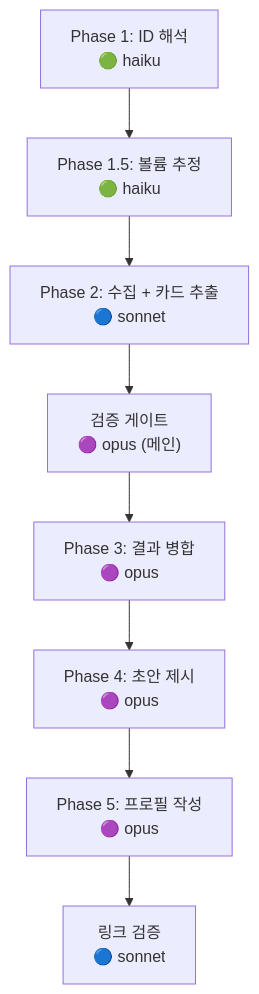
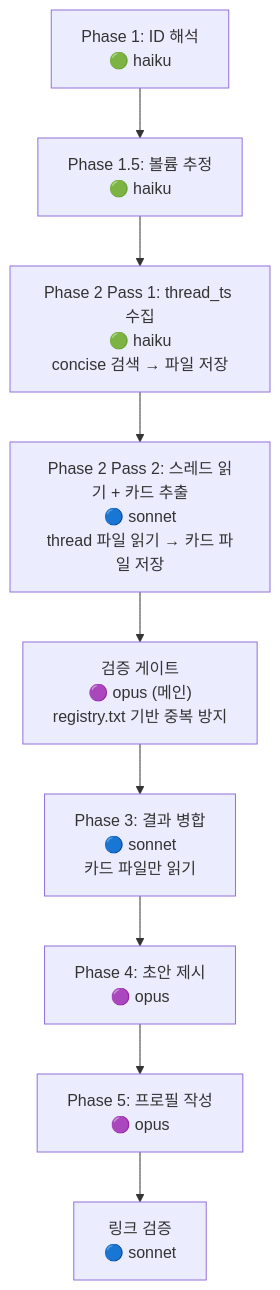
One commit to flex-team/flex-oncall changed the diagram in .claude/skills/slack-profile/SKILL.md. Above: the diagram before and after it, drawn with Mermaid. The commit also changed other lines of this file, not shown here.

First line of the commit message:
⚡️ slack-profile 스킬 토큰 최적화 — 2-Pass 아키텍처 + 20페이지 제한 대응

````diff
--- a/.claude/skills/slack-profile/SKILL.md
+++ b/.claude/skills/slack-profile/SKILL.md
@@ -191,10 +215,11 @@
 ```mermaid
 flowchart TD
     A["Phase 1: ID 해석<br/>🟢 haiku"] --> A2["Phase 1.5: 볼륨 추정<br/>🟢 haiku"]
-    A2 --> B["Phase 2: 수집 + 카드 추출<br/>🔵 sonnet"]
-    B --> V["검증 게이트<br/>🟣 opus (메인)"]
-    V --> C["Phase 3: 결과 병합<br/>🟣 opus"]
+    A2 --> B1["Phase 2 Pass 1: thread_ts 수집<br/>🟢 haiku<br/>concise 검색 → 파일 저장"]
+    B1 --> B2["Phase 2 Pass 2: 스레드 읽기 + 카드 추출<br/>🔵 sonnet<br/>thread 파일 읽기 → 카드 파일 저장"]
+    B2 --> V["검증 게이트<br/>🟣 opus (메인)<br/>registry.txt 기반 중복 방지"]
+    V --> C["Phase 3: 결과 병합<br/>🔵 sonnet<br/>카드 파일만 읽기"]
     C --> D["Phase 4: 초안 제시<br/>🟣 opus"]
     D --> E["Phase 5: 프로필 작성<br/>🟣 opus"]
     E --> L["링크 검증<br/>🔵 sonnet"]
 ```
````
